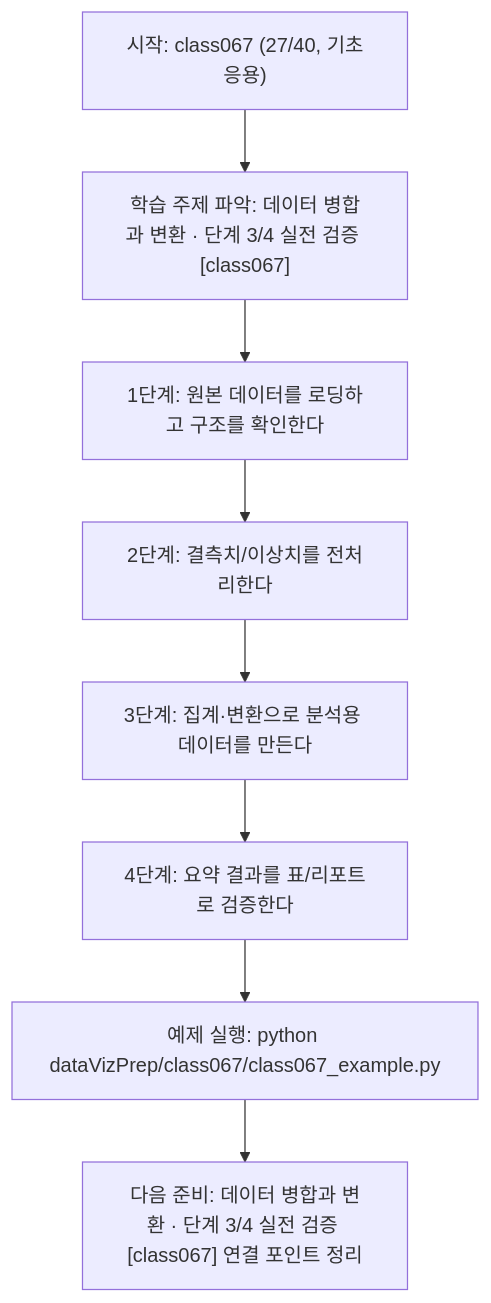
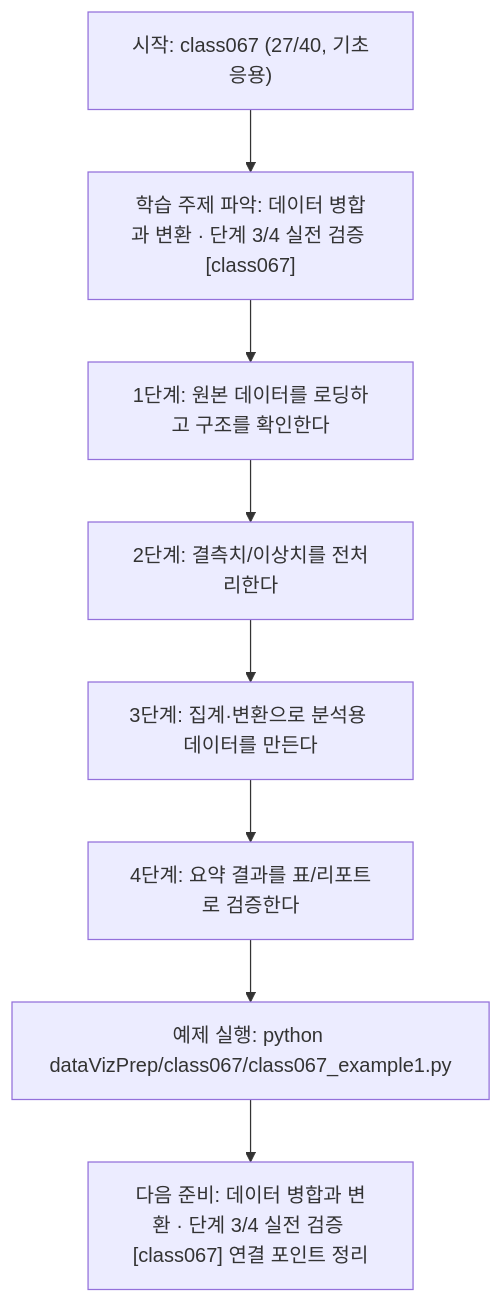
Before and after one commit to edumgt/Python-AI_Agent-Class: the diagram in dataVizPrep/class067/class067.md, drawn with Mermaid. The commit also changed other lines of this file and 2959 other files, not shown here.

````diff
--- a/dataVizPrep/class067/class067.md
+++ b/dataVizPrep/class067/class067.md
@@ -111,18 +111,18 @@
 ```mermaid
 flowchart TD
 N1["시작: class067 (27/40, 기초응용)"]
 N2["학습 주제 파악: 데이터 병합과 변환 · 단계 3/4 실전 검증 [class067]"]
 N3["1단계: 원본 데이터를 로딩하고 구조를 확인한다"]
 N4["2단계: 결측치/이상치를 전처리한다"]
 N5["3단계: 집계·변환으로 분석용 데이터를 만든다"]
 N6["4단계: 요약 결과를 표/리포트로 검증한다"]
-N7["예제 실행: python dataVizPrep/class067/class067_example.py"]
+N7["예제 실행: python dataVizPrep/class067/class067_example1.py"]
 N8["다음 준비: 데이터 병합과 변환 · 단계 3/4 실전 검증 [class067] 연결 포인트 정리"]
 N1 --> N2
 N2 --> N3
 N3 --> N4
 N4 --> N5
 N5 --> N6
 N6 --> N7
 N7 --> N8
 ```
````
